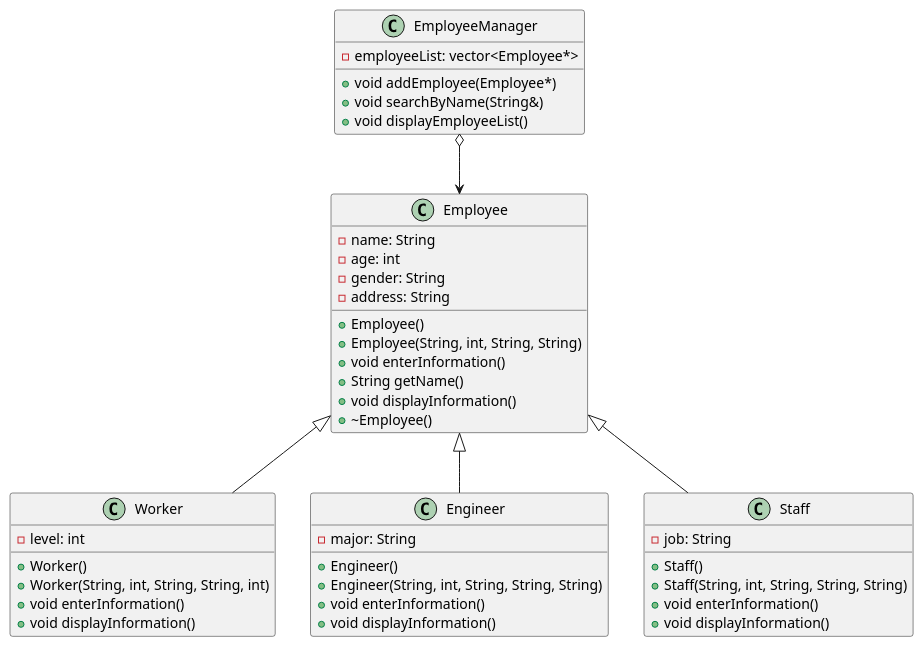
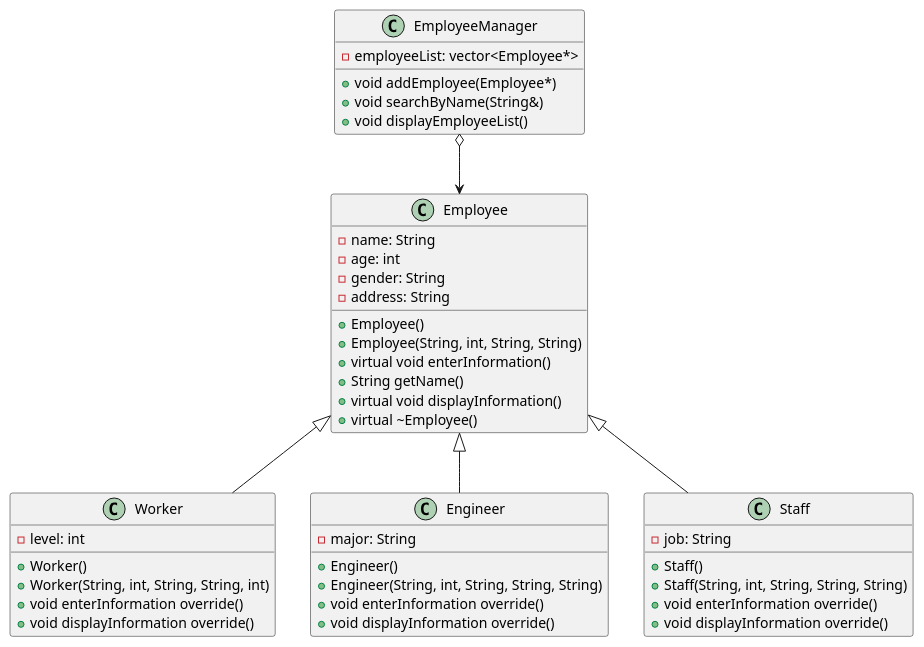
One commit to baobluebird/Basic-C-Cplusplus changed the diagram in Assigment/OOP/diagram/diagram.wsd. Above: the diagram before and after it, drawn with PlantUML. The commit also changed 21 other files, not shown here.

```diff
--- a/Assigment/OOP/diagram/diagram.wsd
+++ b/Assigment/OOP/diagram/diagram.wsd
@@ -1,51 +1,51 @@
 @startuml
 
 class Employee {
   - name: String
   - age: int
   - gender: String
   - address: String
   + Employee()
   + Employee(String, int, String, String)
-  + void enterInformation()
+  + virtual void enterInformation()
   + String getName()
-  + void displayInformation()
-  + ~Employee()
+  + virtual void displayInformation()
+  + virtual ~Employee()
 }
 
 class Worker {
   - level: int
   + Worker()
   + Worker(String, int, String, String, int)
-  + void enterInformation()
-  + void displayInformation()
+  + void enterInformation override()
+  + void displayInformation override()
 }
 
 class Engineer {
   - major: String
   + Engineer()
   + Engineer(String, int, String, String, String)
-  + void enterInformation()
-  + void displayInformation()
+  + void enterInformation override()
+  + void displayInformation override()
 }
 
 class Staff {
   - job: String
   + Staff()
   + Staff(String, int, String, String, String)
-  + void enterInformation()
-  + void displayInformation()
+  + void enterInformation override()
+  + void displayInformation override()
 }
 
 class EmployeeManager {
   - employeeList: vector<Employee*>
   + void addEmployee(Employee*)
   + void searchByName(String&)
   + void displayEmployeeList()
 }
 
 Employee <|-- Worker
 Employee <|-- Engineer
 Employee <|-- Staff
 EmployeeManager o--> Employee
 @enduml
```
